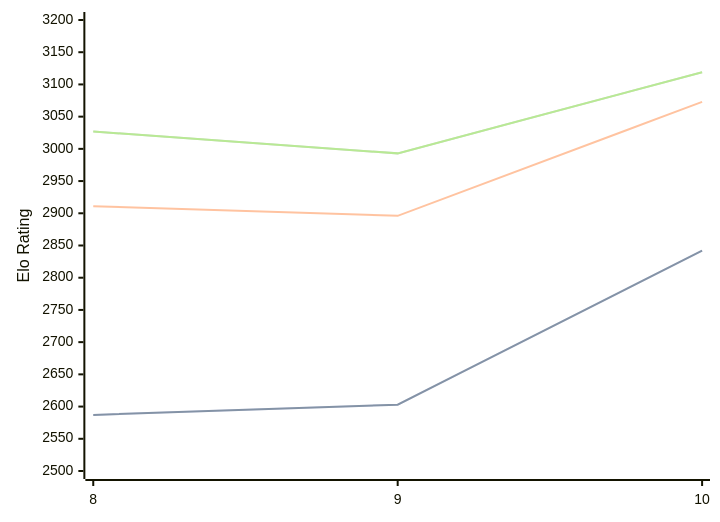
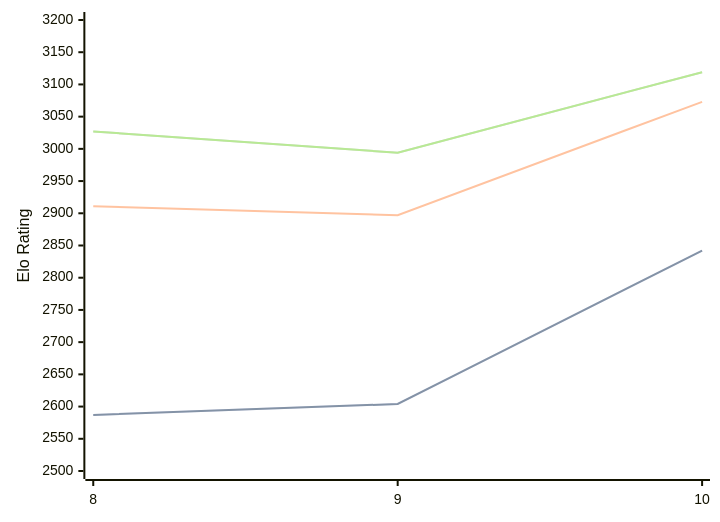
Before and after one commit to computer-chess-index/cci: the diagram in engines/Lozza.md, drawn with Mermaid. The commit also changed other lines of this file, not shown here.

Commit message:
Update CCI Ratings (ELO VLTC) - 2026-08-21

````diff
--- a/engines/Lozza.md
+++ b/engines/Lozza.md
@@ -33,11 +33,11 @@
 ```mermaid
 %%{init: {"theme":"base","themeVariables":{"seriesColors:['#a3a3a3','#222221','#faa371']}}}%%
 xychart-beta
   x-axis ["8", "9", "10"]
   y-axis "Elo Rating" 2500 --> 3200
-  line "STC (8.0+0.08s)" [2587, 2603, 2842]
-  line "STC (8.0+0.08s)" [2587, 2603, 2842]
-  line "LTC (60.0+0.60s)" [2911, 2896, 3073]
-  line "VLTC (2m24s+1.12s)" [3027, 2993, 3119]
-  line "VLTC (2m24s+1.12s)" [3027, 2993, 3119]
+  line "STC (8.0+0.08s)" [2587, 2604, 2842]
+  line "STC (8.0+0.08s)" [2587, 2604, 2842]
+  line "LTC (60.0+0.60s)" [2911, 2897, 3073]
+  line "VLTC (2m24s+1.12s)" [3027, 2994, 3119]
+  line "VLTC (2m24s+1.12s)" [3027, 2994, 3119]
 ```
````
